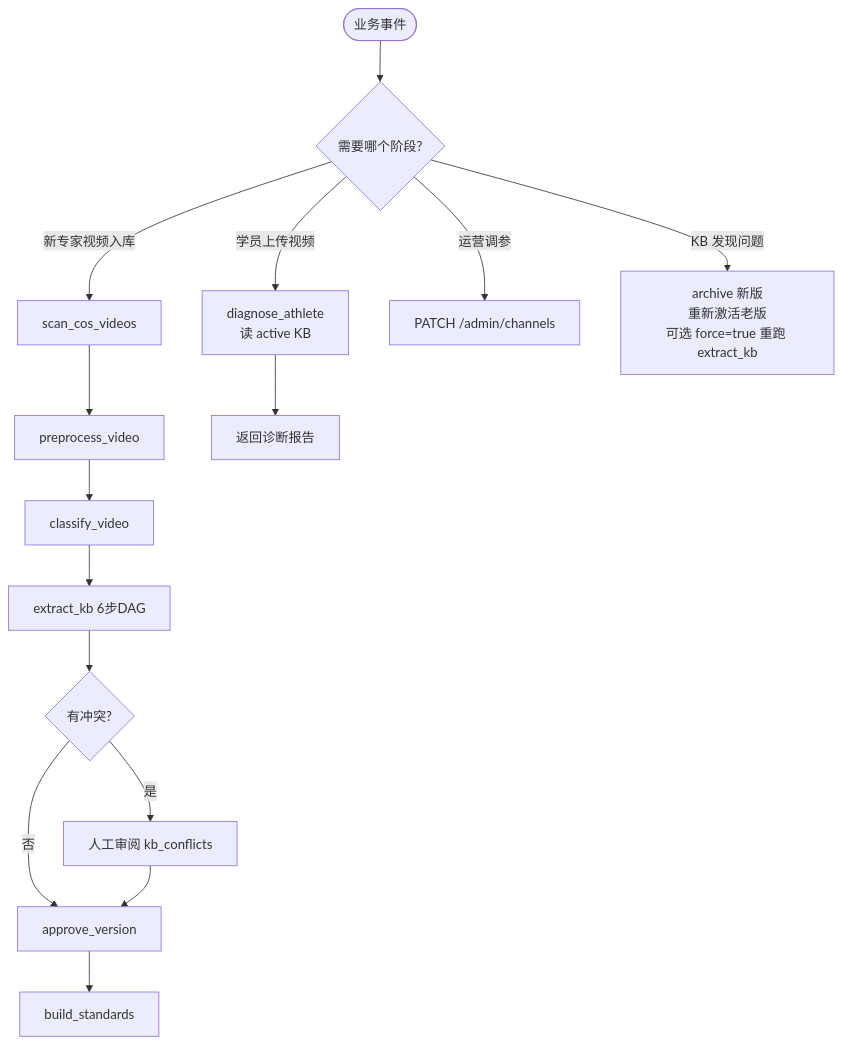
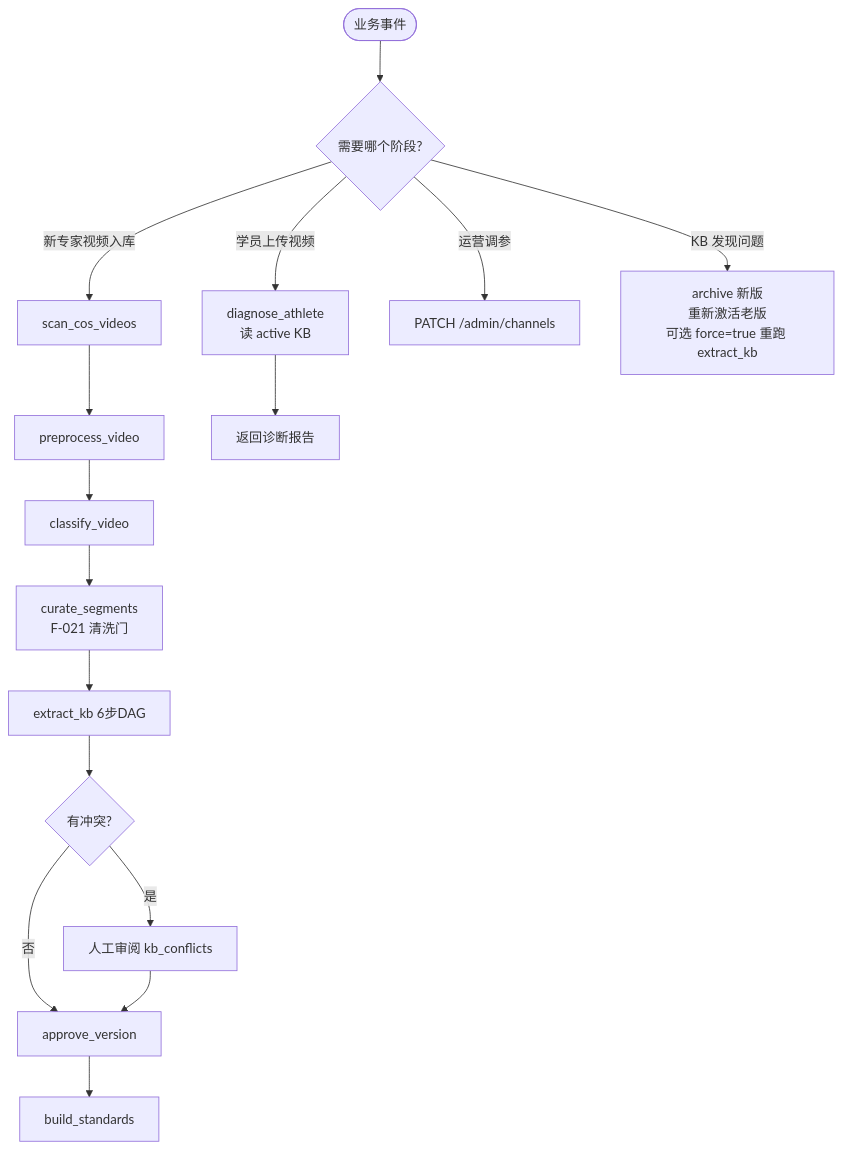
The second of 2 diagrams in docs/business-workflow.md (huangchaolelio/char_pp), drawn with Mermaid before and after one commit. The commit also changed other lines of this file and 63 other files, not shown here.

````diff
--- a/docs/business-workflow.md
+++ b/docs/business-workflow.md
@@ -333,21 +376,22 @@
 ```mermaid
 flowchart TD
   START([业务事件]) --> Q{需要哪个阶段?}
 
   Q -->|新专家视频入库| A1[scan_cos_videos]
   A1 --> A2[preprocess_video]
   A2 --> A3[classify_video]
-  A3 --> A4[extract_kb 6步DAG]
+  A3 --> A35[curate_segments<br/>F-021 清洗门]
+  A35 --> A4[extract_kb 6步DAG]
   A4 --> Q5{有冲突?}
   Q5 -->|是| A5[人工审阅 kb_conflicts]
   Q5 -->|否| A6[approve_version]
   A5 --> A6
   A6 --> A7[build_standards]
 
   Q -->|学员上传视频| B1[diagnose_athlete<br/>读 active KB]
   B1 --> B2[返回诊断报告]
 
   Q -->|运营调参| C1[PATCH /admin/channels]
 
   Q -->|KB 发现问题| D1[archive 新版<br/>重新激活老版<br/>可选 force=true 重跑 extract_kb]
 ```
````
